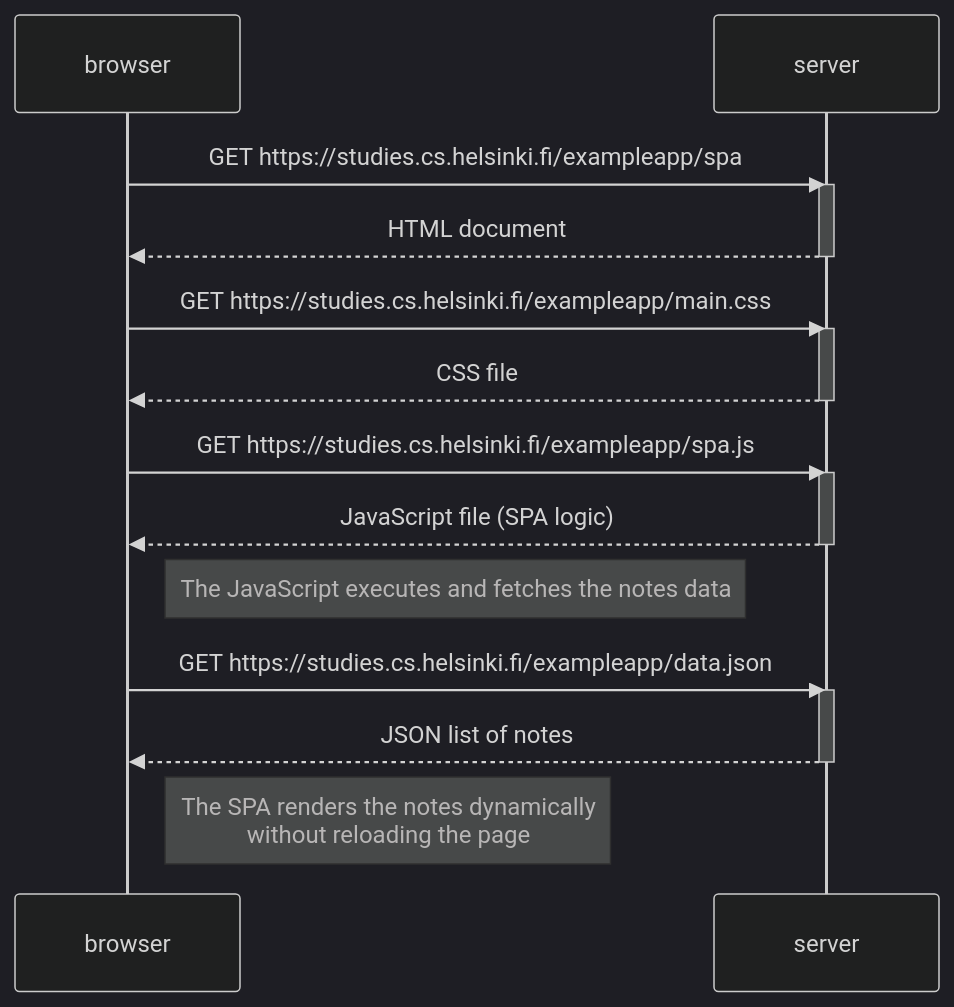
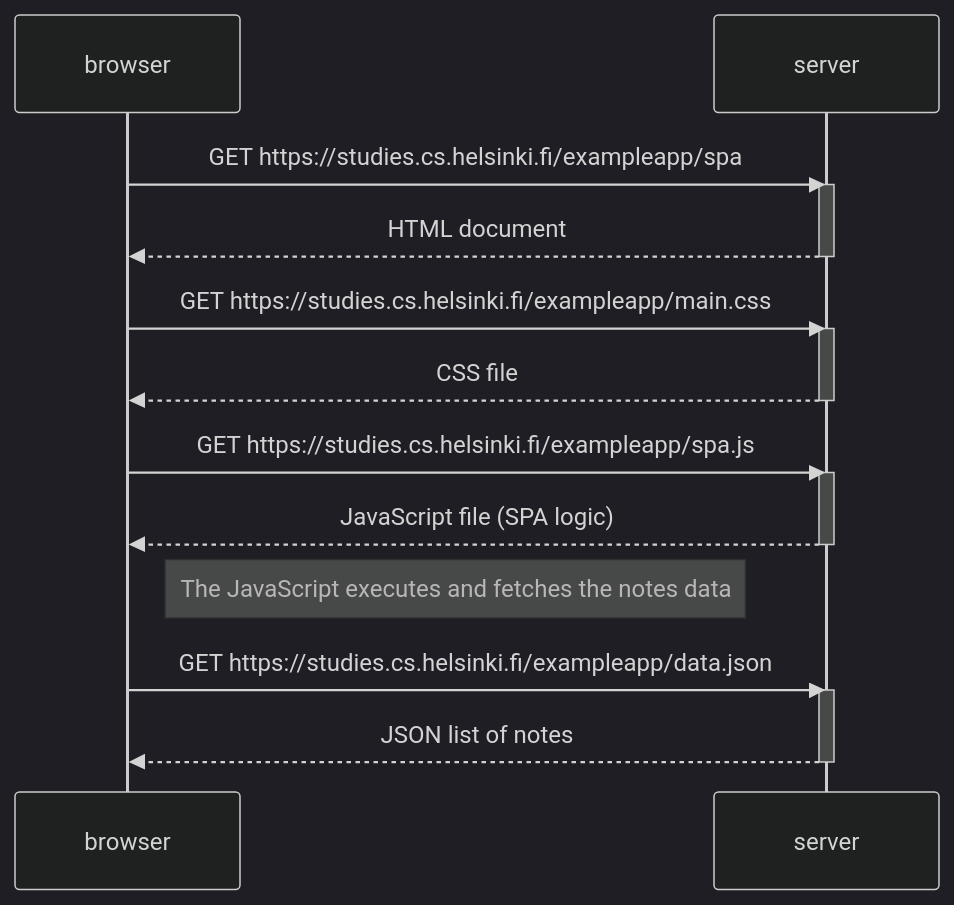
Before and after one commit to jagustinmr/FullStackCourse: the diagram in part0/SequelDiagram-0.5.md, drawn with Mermaid (dark theme).

````diff
--- a/part0/SequelDiagram-0.5.md
+++ b/part0/SequelDiagram-0.5.md
@@ -1,29 +1,27 @@
 ```mermaid
 sequenceDiagram
     participant browser
     participant server
 
     browser->>server: GET https://studies.cs.helsinki.fi/exampleapp/spa
     activate server
     server-->>browser: HTML document
     deactivate server
 
     browser->>server: GET https://studies.cs.helsinki.fi/exampleapp/main.css
     activate server
     server-->>browser: CSS file
     deactivate server
 
     browser->>server: GET https://studies.cs.helsinki.fi/exampleapp/spa.js
     activate server
     server-->>browser: JavaScript file (SPA logic)
     deactivate server
 
     Note right of browser: The JavaScript executes and fetches the notes data
 
     browser->>server: GET https://studies.cs.helsinki.fi/exampleapp/data.json
     activate server
     server-->>browser: JSON list of notes
     deactivate server
-
-    Note right of browser: The SPA renders the notes dynamically<br>without reloading the page
 ```
````
